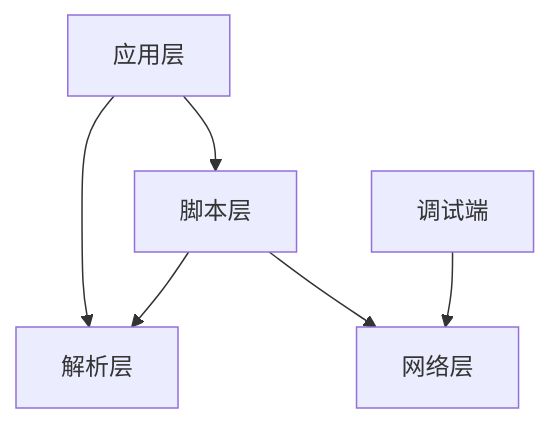
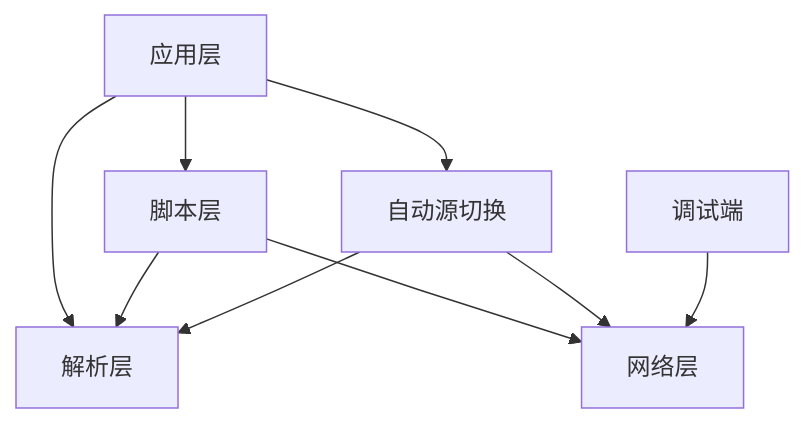
One commit to ZhangGHGitHub/LegadoTeamFlutter changed the seventh of 7 diagrams in .qoder/repowiki/zh/content/项目概述/核心功能特性/网络源系统/网络源系统.md. Above: the diagram before and after it, drawn with Mermaid. The commit also changed other lines of this file and 173 other files, not shown here.

````diff
--- a/.qoder/repowiki/zh/content/项目概述/核心功能特性/网络源系统/网络源系统.md
+++ b/.qoder/repowiki/zh/content/项目概述/核心功能特性/网络源系统/网络源系统.md
@@ -365,8 +450,11 @@
 ```mermaid
 graph TB
 App["应用层"] --> Parser["解析层"]
 App --> JS["脚本层"]
+App --> AutoSwitch["自动源切换"]
 JS --> Net["网络层"]
 JS --> Parser
+AutoSwitch --> Net
+AutoSwitch --> Parser
 Debug["调试端"] --> Net
 ```
````
